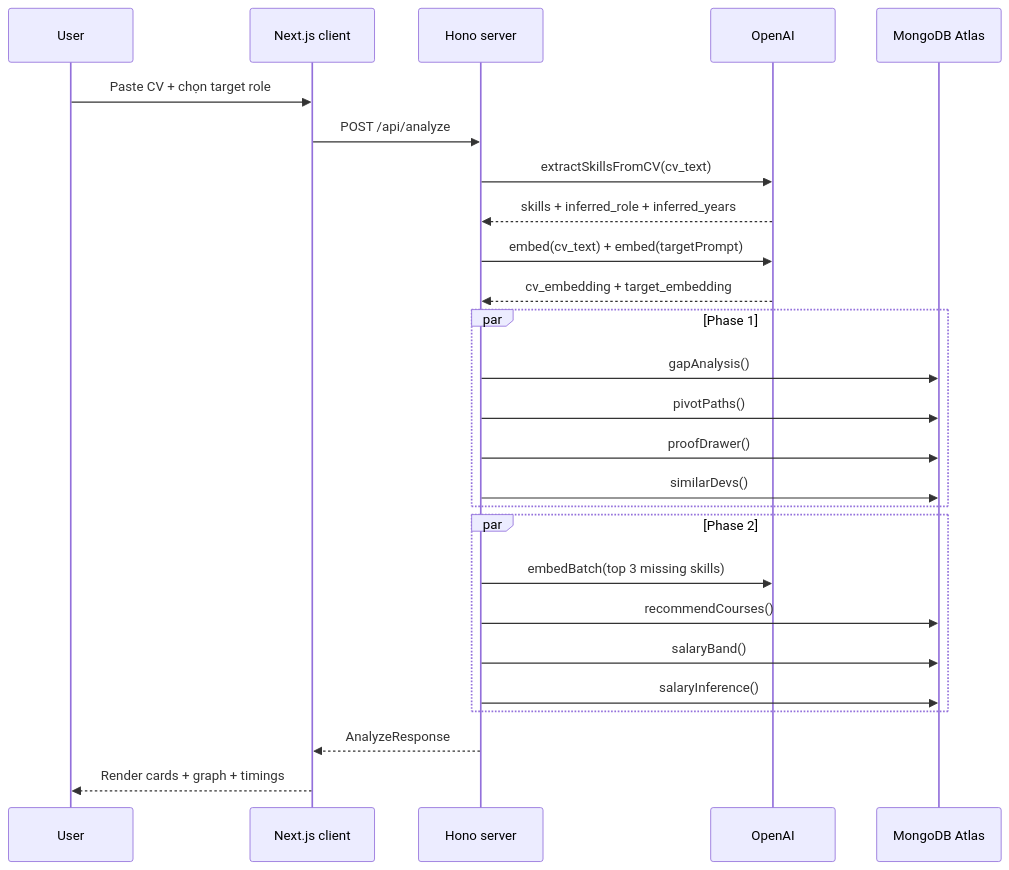
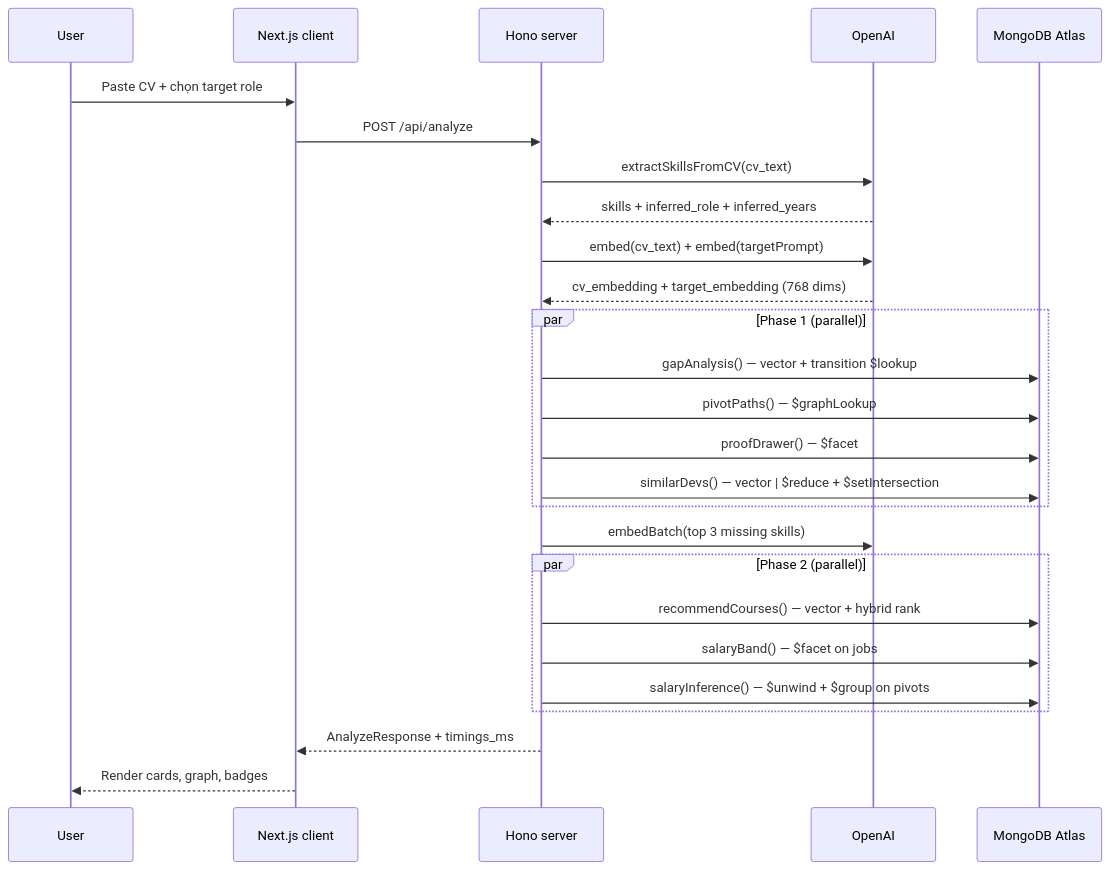
The fourth of 13 diagrams in docs/TECHNICAL_DOC.md (trahoangdev/path-finder), drawn with Mermaid before and after one commit. The commit also changed other lines of this file and 52 other files, not shown here.

````diff
--- a/docs/TECHNICAL_DOC.md
+++ b/docs/TECHNICAL_DOC.md
@@ -145,32 +210,33 @@
 ```mermaid
 sequenceDiagram
     participant U as User
     participant FE as Next.js client
     participant API as Hono server
     participant AI as OpenAI
     participant DB as MongoDB Atlas
 
     U->>FE: Paste CV + chọn target role
     FE->>API: POST /api/analyze
     API->>AI: extractSkillsFromCV(cv_text)
     AI-->>API: skills + inferred_role + inferred_years
     API->>AI: embed(cv_text) + embed(targetPrompt)
-    AI-->>API: cv_embedding + target_embedding
+    AI-->>API: cv_embedding + target_embedding (768 dims)
 
-    par Phase 1
-      API->>DB: gapAnalysis()
-      API->>DB: pivotPaths()
-      API->>DB: proofDrawer()
-      API->>DB: similarDevs()
+    par Phase 1 (parallel)
+      API->>DB: gapAnalysis() — vector + transition $lookup
+      API->>DB: pivotPaths() — $graphLookup
+      API->>DB: proofDrawer() — $facet
+      API->>DB: similarDevs() — vector | $reduce + $setIntersection
     end
 
-    par Phase 2
-      API->>AI: embedBatch(top 3 missing skills)
-      API->>DB: recommendCourses()
-      API->>DB: salaryBand()
-      API->>DB: salaryInference()
+    API->>AI: embedBatch(top 3 missing skills)
+
+    par Phase 2 (parallel)
+      API->>DB: recommendCourses() — vector + hybrid rank
+      API->>DB: salaryBand() — $facet on jobs
+      API->>DB: salaryInference() — $unwind + $group on pivots
     end
 
-    API-->>FE: AnalyzeResponse
-    FE-->>U: Render cards + graph + timings
+    API-->>FE: AnalyzeResponse + timings_ms
+    FE-->>U: Render cards, graph, badges
 ```
````
